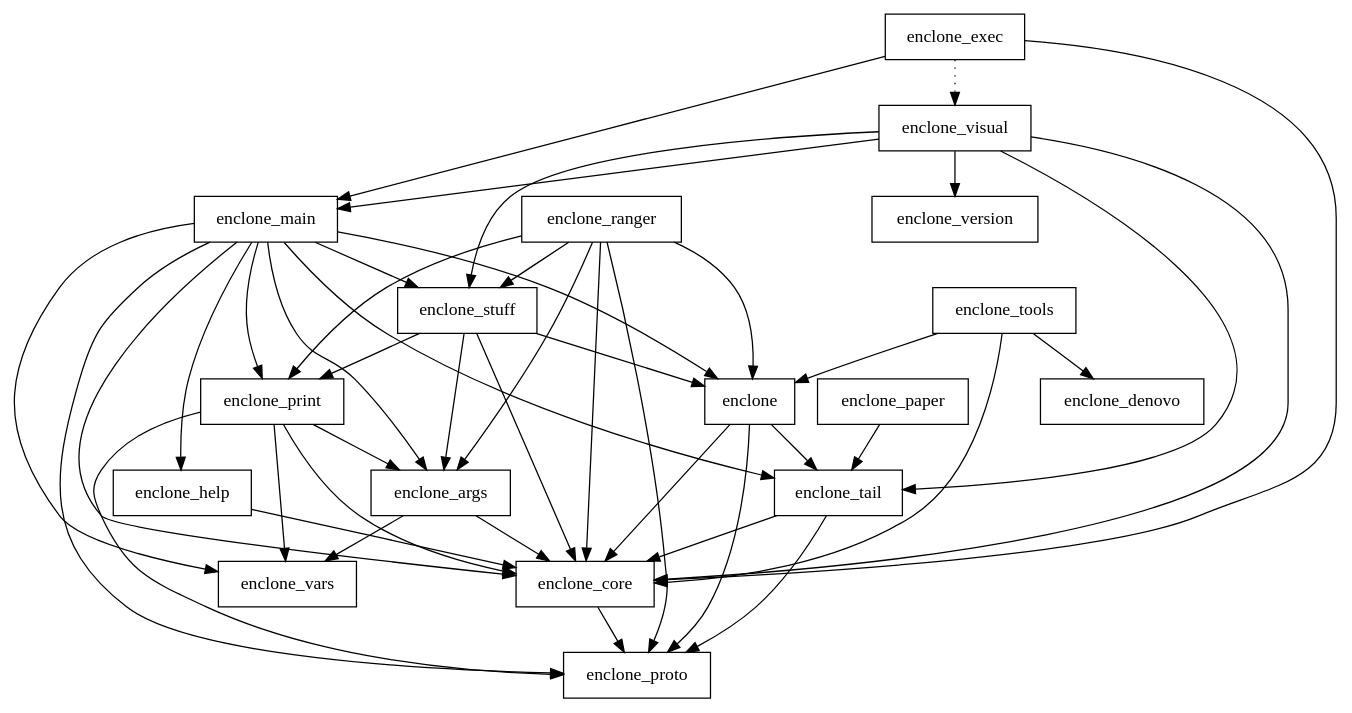
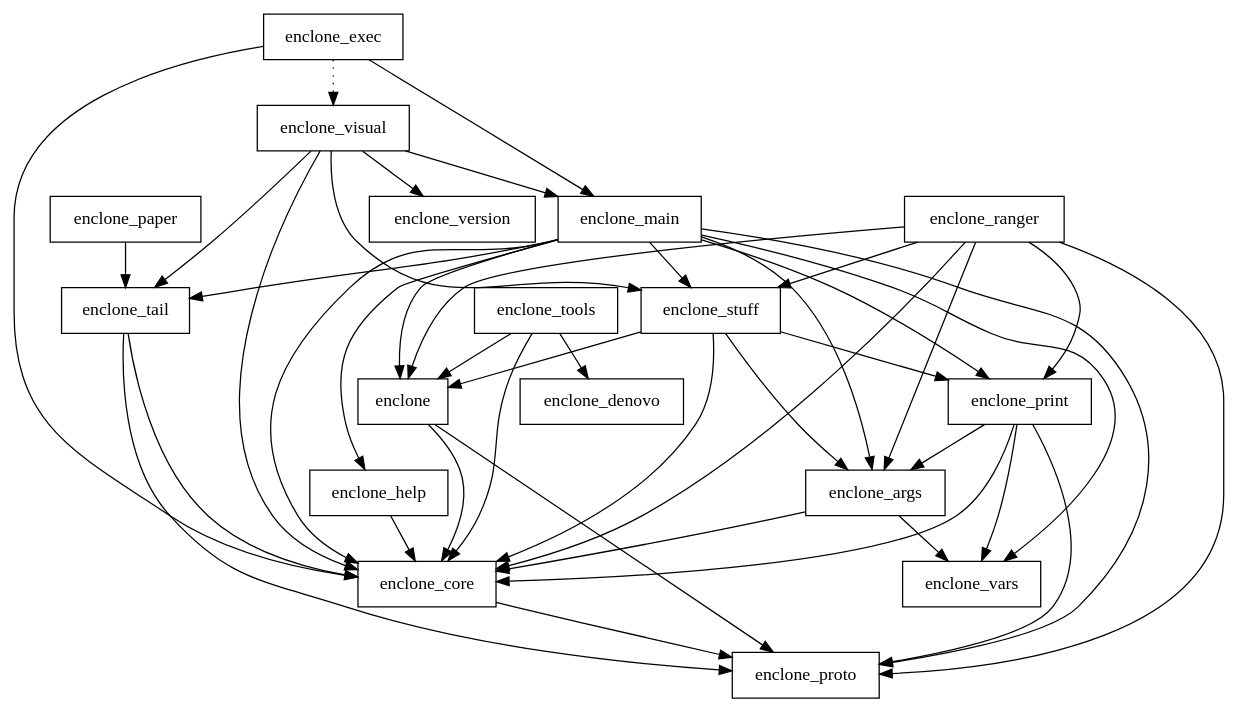
Before and after one commit to 10XGenomics/enclone: the diagram in crates.dot, drawn with Graphviz. The commit also changed 1 other file, not shown here.

```diff
--- a/crates.dot
+++ b/crates.dot
@@ -1,63 +1,62 @@
 digraph {
     0 [ label = "enclone" shape = box]
     1 [ label = "enclone_core" shape = box]
     2 [ label = "enclone_proto" shape = box]
-    3 [ label = "enclone_tail" shape = box]
-    4 [ label = "enclone_args" shape = box]
-    5 [ label = "enclone_vars" shape = box]
-    6 [ label = "enclone_denovo" shape = box]
-    7 [ label = "enclone_exec" shape = box]
-    8 [ label = "enclone_main" shape = box]
-    9 [ label = "enclone_help" shape = box]
-    10 [ label = "enclone_print" shape = box]
-    11 [ label = "enclone_stuff" shape = box]
+    3 [ label = "enclone_args" shape = box]
+    4 [ label = "enclone_vars" shape = box]
+    5 [ label = "enclone_denovo" shape = box]
+    6 [ label = "enclone_exec" shape = box]
+    7 [ label = "enclone_main" shape = box]
+    8 [ label = "enclone_help" shape = box]
+    9 [ label = "enclone_print" shape = box]
+    10 [ label = "enclone_stuff" shape = box]
+    11 [ label = "enclone_tail" shape = box]
     12 [ label = "enclone_visual" shape = box]
     13 [ label = "enclone_version" shape = box]
     14 [ label = "enclone_ranger" shape = box]
     15 [ label = "enclone_tools" shape = box]
     16 [ label = "enclone_paper" shape = box]
     0 -> 1 [ ]
     0 -> 2 [ ]
-    0 -> 3 [ ]
     1 -> 2 [ ]
     3 -> 1 [ ]
-    3 -> 2 [ ]
-    4 -> 1 [ ]
-    4 -> 5 [ ]
+    3 -> 4 [ ]
+    6 -> 1 [ ]
+    6 -> 7 [ ]
+    6 -> 12 [ style = dotted]
+    7 -> 0 [ ]
+    7 -> 3 [ ]
     7 -> 1 [ ]
     7 -> 8 [ ]
-    7 -> 12 [ style = dotted]
-    8 -> 0 [ ]
-    8 -> 4 [ ]
+    7 -> 9 [ ]
+    7 -> 2 [ ]
+    7 -> 10 [ ]
+    7 -> 11 [ ]
+    7 -> 4 [ ]
     8 -> 1 [ ]
-    8 -> 9 [ ]
-    8 -> 10 [ ]
-    8 -> 2 [ ]
-    8 -> 11 [ ]
-    8 -> 3 [ ]
-    8 -> 5 [ ]
+    9 -> 3 [ ]
     9 -> 1 [ ]
-    10 -> 4 [ ]
+    9 -> 2 [ ]
+    9 -> 4 [ ]
+    10 -> 0 [ ]
+    10 -> 3 [ ]
     10 -> 1 [ ]
-    10 -> 2 [ ]
-    10 -> 5 [ ]
-    11 -> 0 [ ]
-    11 -> 4 [ ]
+    10 -> 9 [ ]
     11 -> 1 [ ]
-    11 -> 10 [ ]
+    11 -> 2 [ ]
     12 -> 1 [ ]
-    12 -> 8 [ ]
+    12 -> 7 [ ]
+    12 -> 10 [ ]
     12 -> 11 [ ]
-    12 -> 3 [ ]
     12 -> 13 [ ]
     14 -> 0 [ ]
-    14 -> 4 [ ]
+    14 -> 3 [ ]
     14 -> 1 [ ]
+    14 -> 9 [ ]
+    14 -> 2 [ ]
     14 -> 10 [ ]
-    14 -> 2 [ ]
-    14 -> 11 [ ]
     15 -> 0 [ ]
     15 -> 1 [ ]
-    15 -> 6 [ ]
-    16 -> 3 [ ]
+    15 -> 5 [ ]
+    16 -> 11 [ ]
 }
```
